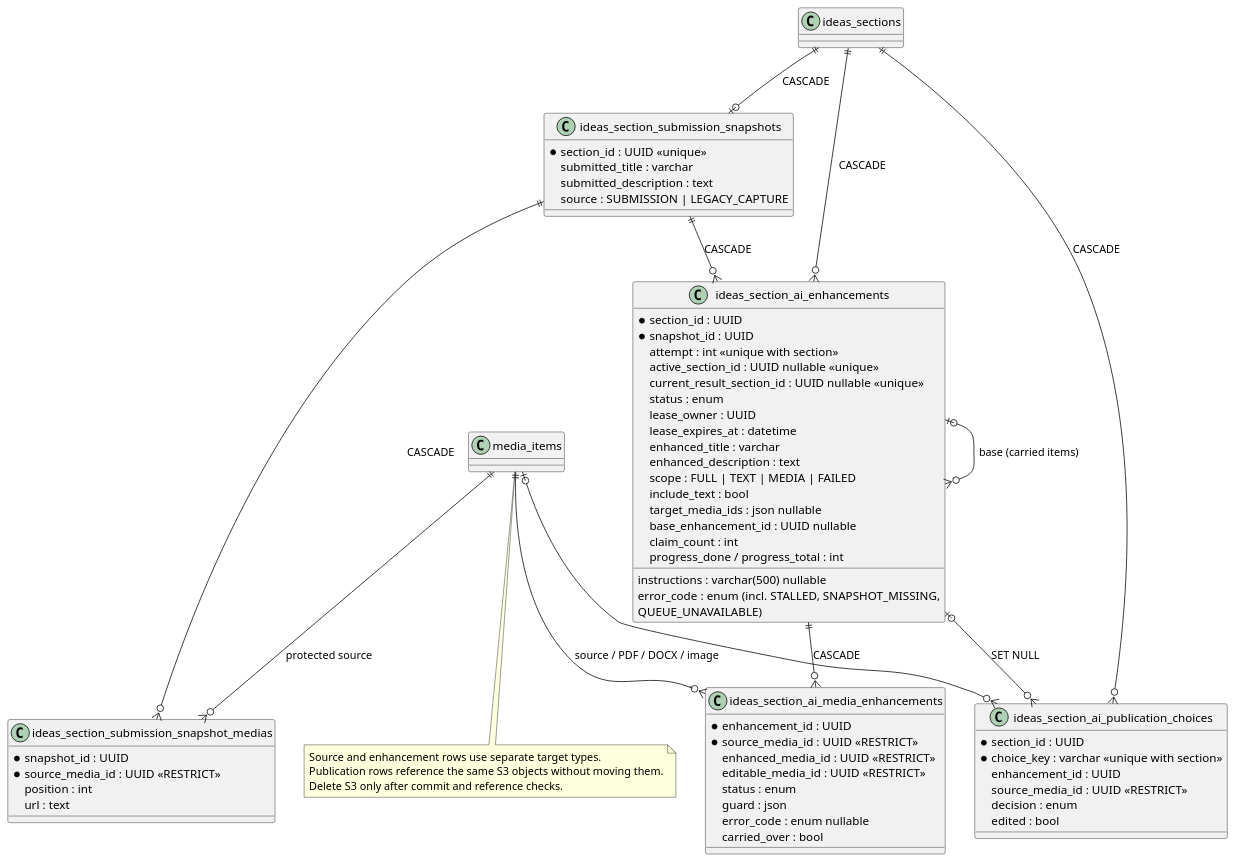
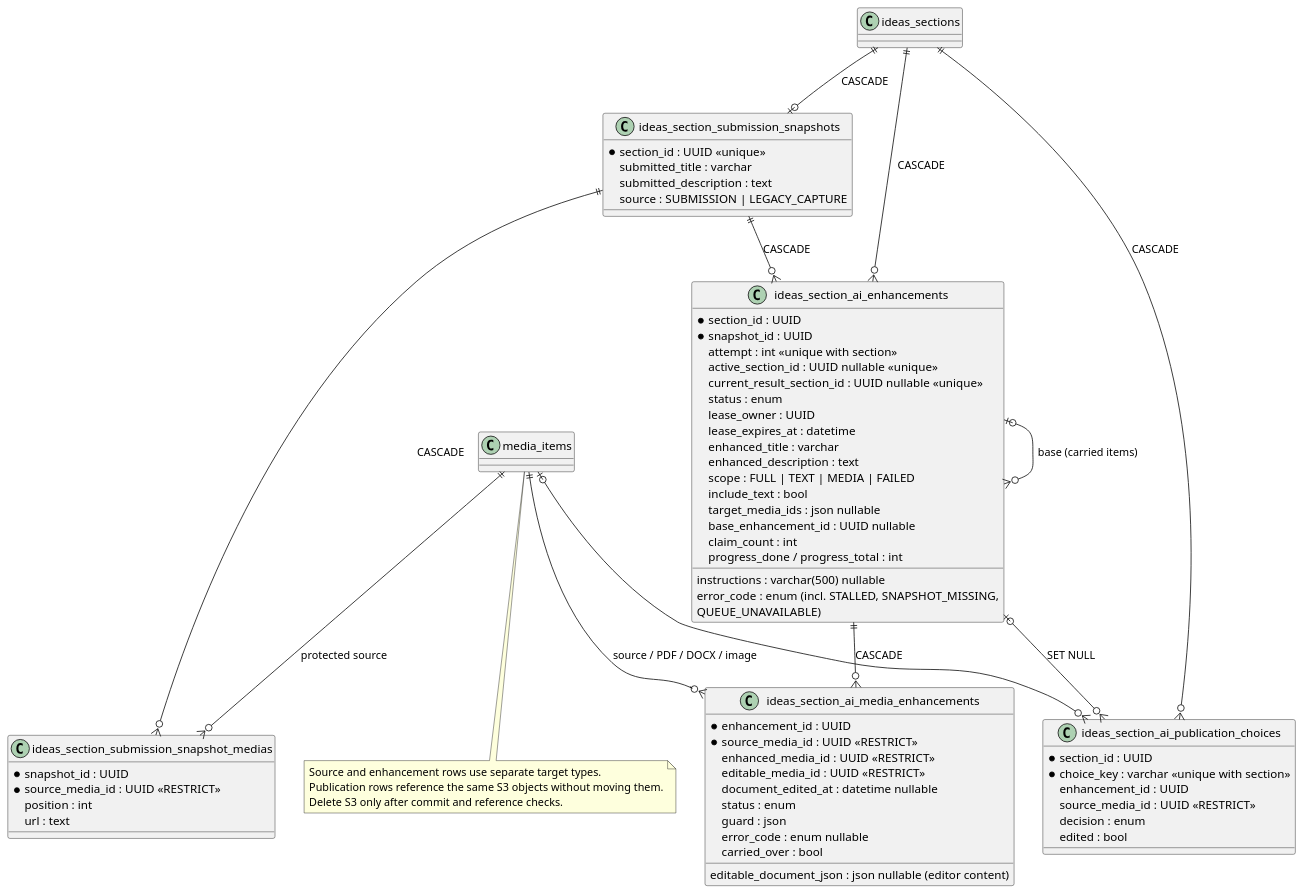
Before and after one commit to ministerioclubinhos/clubinhonib-api: the diagram in docs/diagrams/database/ideas-section-ai.puml, drawn with PlantUML. The commit also changed 53 other files, not shown here.

```diff
--- a/docs/diagrams/database/ideas-section-ai.puml
+++ b/docs/diagrams/database/ideas-section-ai.puml
@@ -1,70 +1,72 @@
 @startuml
 class "ideas_sections" as section
 class "media_items" as media
 class "ideas_section_submission_snapshots" as snapshot {
   * section_id : UUID <<unique>>
   submitted_title : varchar
   submitted_description : text
   source : SUBMISSION | LEGACY_CAPTURE
 }
 class "ideas_section_submission_snapshot_medias" as source {
   * snapshot_id : UUID
   * source_media_id : UUID <<RESTRICT>>
   position : int
   url : text
 }
 class "ideas_section_ai_enhancements" as attempt {
   * section_id : UUID
   * snapshot_id : UUID
   attempt : int <<unique with section>>
   active_section_id : UUID nullable <<unique>>
   current_result_section_id : UUID nullable <<unique>>
   status : enum
   lease_owner : UUID
   lease_expires_at : datetime
   enhanced_title : varchar
   enhanced_description : text
   scope : FULL | TEXT | MEDIA | FAILED
   include_text : bool
   target_media_ids : json nullable
   base_enhancement_id : UUID nullable
   instructions : varchar(500) nullable
   claim_count : int
   progress_done / progress_total : int
   error_code : enum (incl. STALLED, SNAPSHOT_MISSING,\nQUEUE_UNAVAILABLE)
 }
 class "ideas_section_ai_media_enhancements" as result {
   * enhancement_id : UUID
   * source_media_id : UUID <<RESTRICT>>
   enhanced_media_id : UUID <<RESTRICT>>
   editable_media_id : UUID <<RESTRICT>>
+  editable_document_json : json nullable (editor content)
+  document_edited_at : datetime nullable
   status : enum
   guard : json
   error_code : enum nullable
   carried_over : bool
 }
 class "ideas_section_ai_publication_choices" as choice {
   * section_id : UUID
   * choice_key : varchar <<unique with section>>
   enhancement_id : UUID
   source_media_id : UUID <<RESTRICT>>
   decision : enum
   edited : bool
 }
 section ||--o| snapshot : CASCADE
 snapshot ||--o{ source : CASCADE
 media ||--o{ source : protected source
 section ||--o{ attempt : CASCADE
 snapshot ||--o{ attempt : CASCADE
 attempt ||--o{ result : CASCADE
 attempt |o--o{ attempt : base (carried items)
 media ||--o{ result : source / PDF / DOCX / image
 section ||--o{ choice : CASCADE
 attempt |o--o{ choice : SET NULL
 media |o--o{ choice
 note bottom of media
 Source and enhancement rows use separate target types.
 Publication rows reference the same S3 objects without moving them.
 Delete S3 only after commit and reference checks.
 end note
 @enduml
```
